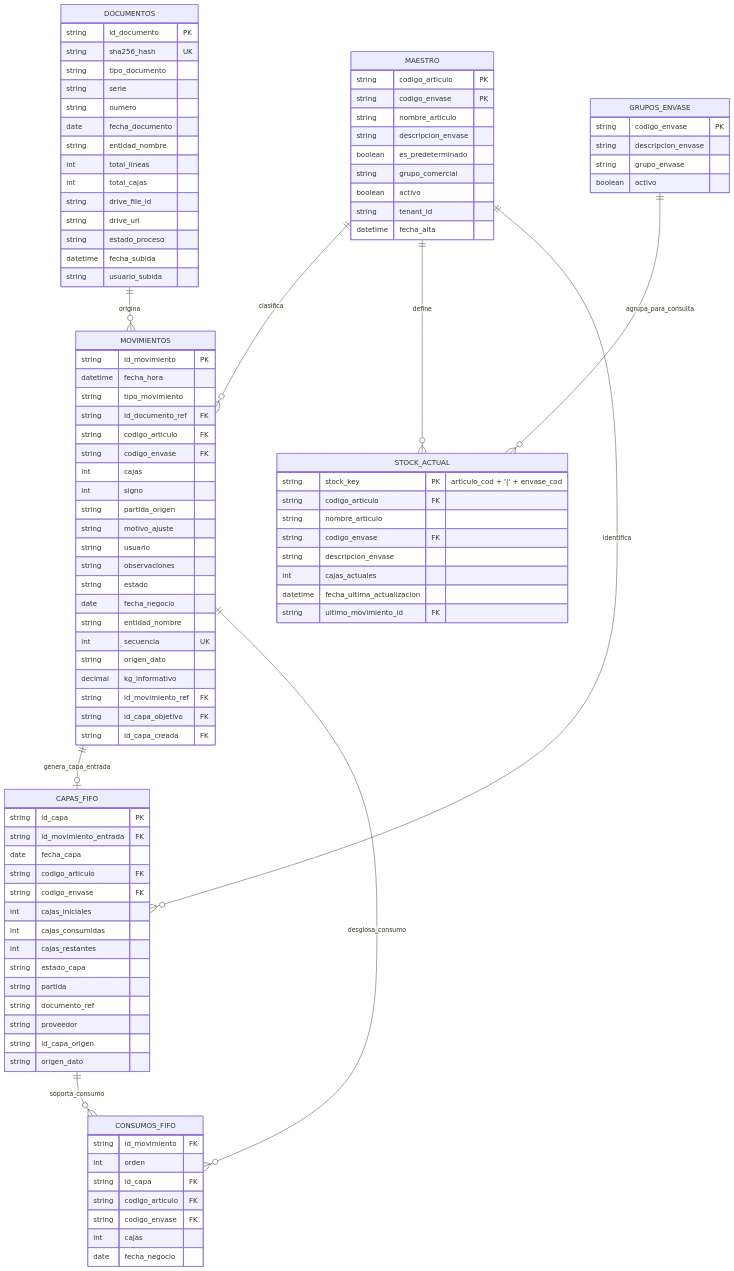
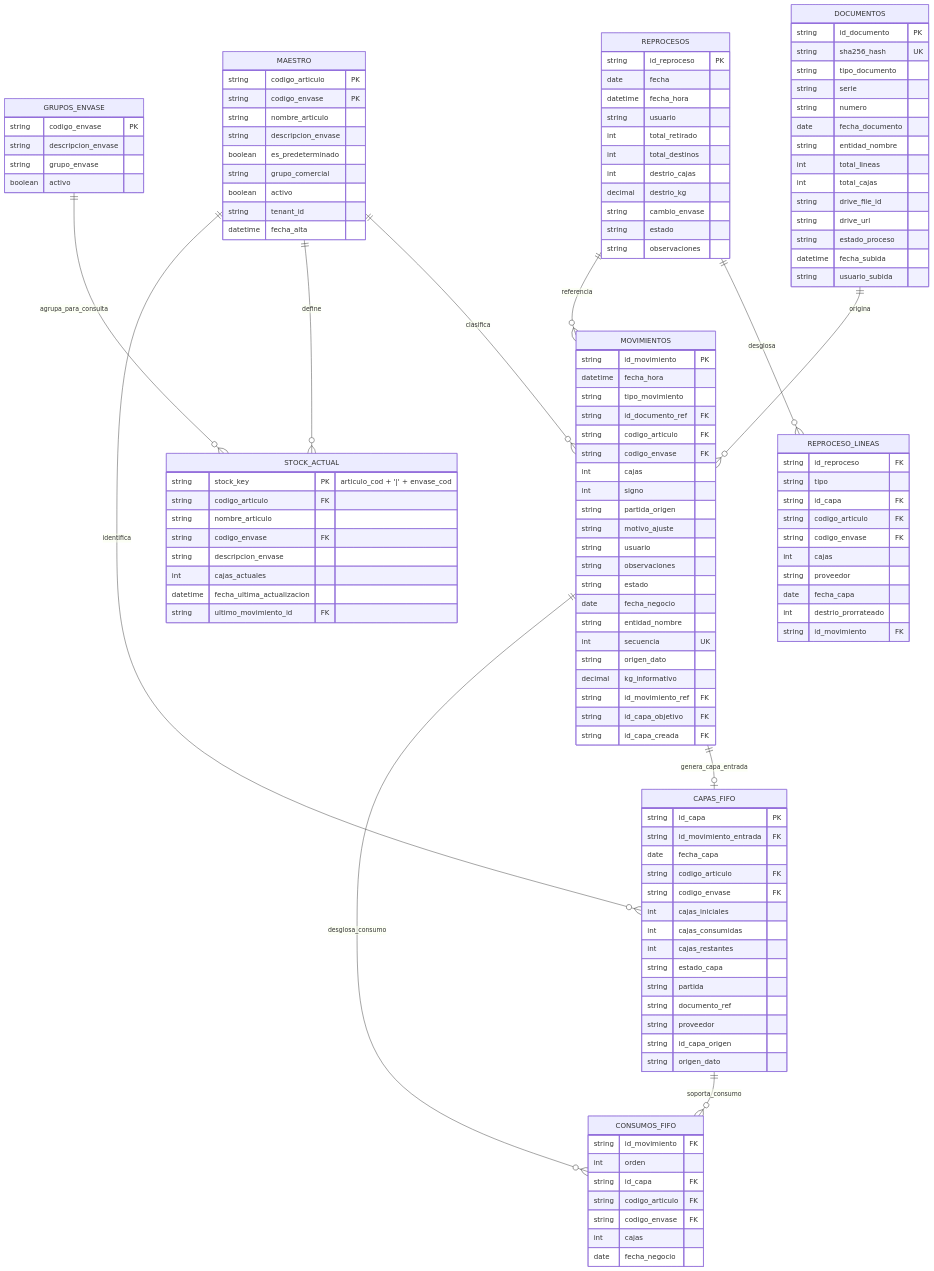
Before and after one commit to johannmartlo/STOCK-LIGHT: the diagram in DATA_MODEL.md, drawn with Mermaid. The commit also changed other lines of this file and 11 other files, not shown here.

Commit message:
feat(T-009): reproceso sobre el libro con multiples origenes, destinos y destrio

````diff
--- a/DATA_MODEL.md
+++ b/DATA_MODEL.md
@@ -24,6 +24,8 @@
     MOVIMIENTOS ||--o{ CONSUMOS_FIFO : "desglosa_consumo"
     CAPAS_FIFO ||--o{ CONSUMOS_FIFO : "soporta_consumo"
     GRUPOS_ENVASE ||--o{ STOCK_ACTUAL : "agrupa_para_consulta"
+    REPROCESOS ||--o{ REPROCESO_LINEAS : "desglosa"
+    REPROCESOS ||--o{ MOVIMIENTOS : "referencia"
     
     GRUPOS_ENVASE {
         string codigo_envase PK
@@ -122,4 +124,31 @@
         datetime fecha_ultima_actualizacion
         string ultimo_movimiento_id FK
     }
+
+    REPROCESOS {
+        string id_reproceso PK
+        date fecha
+        datetime fecha_hora
+        string usuario
+        int total_retirado
+        int total_destinos
+        int destrio_cajas
+        decimal destrio_kg
+        string cambio_envase
+        string estado
+        string observaciones
+    }
+
+    REPROCESO_LINEAS {
+        string id_reproceso FK
+        string tipo
+        string id_capa FK
+        string codigo_articulo FK
+        string codigo_envase FK
+        int cajas
+        string proveedor
+        date fecha_capa
+        int destrio_prorrateado
+        string id_movimiento FK
+    }
 ```
````
